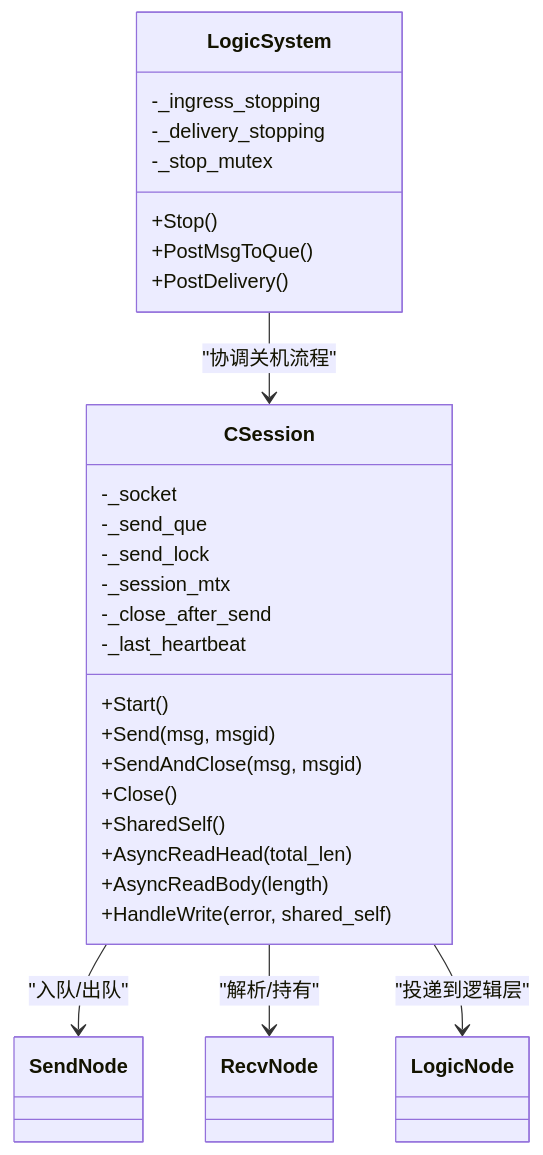
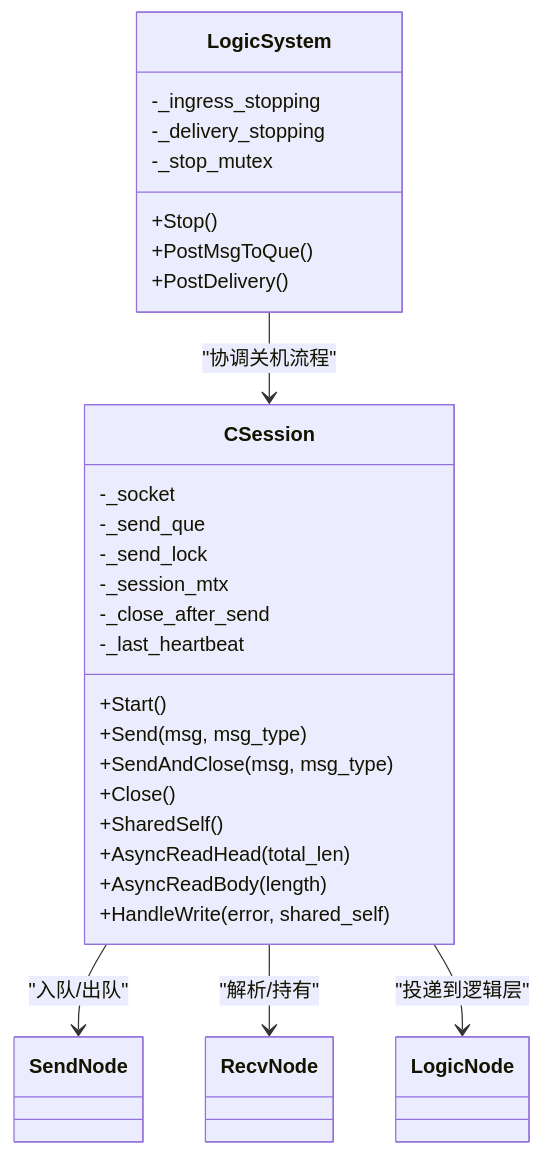
One commit to echo9923/mychatter changed the second of 11 diagrams in .qoder/repowiki/zh/content/服务端开发/ChatServer聊天核心服务/会话管理/并发控制与同步.md. Above: the diagram before and after it, drawn with Mermaid. The commit also changed other lines of this file and 128 other files, not shown here.

First line of the commit message:
refactor(protocol): TCP 帧头消息类型 msg_id 全局改名为 msg_type

````diff
--- a/.qoder/repowiki/zh/content/服务端开发/ChatServer聊天核心服务/会话管理/并发控制与同步.md
+++ b/.qoder/repowiki/zh/content/服务端开发/ChatServer聊天核心服务/会话管理/并发控制与同步.md
@@ -96,34 +96,34 @@
 ```mermaid
 classDiagram
 class CSession {
 +Start()
-+Send(msg, msgid)
-+SendAndClose(msg, msgid)
++Send(msg, msg_type)
++SendAndClose(msg, msg_type)
 +Close()
 +SharedSelf()
 +AsyncReadHead(total_len)
 +AsyncReadBody(length)
 +HandleWrite(error, shared_self)
 -_socket
 -_send_que
 -_send_lock
 -_session_mtx
 -_close_after_send
 -_last_heartbeat
 }
 class LogicSystem {
 +Stop()
 +PostMsgToQue()
 +PostDelivery()
 -_ingress_stopping
 -_delivery_stopping
 -_stop_mutex
 }
 class SendNode
 class RecvNode
 class LogicNode
 CSession --> SendNode : "入队/出队"
 CSession --> RecvNode : "解析/持有"
 CSession --> LogicNode : "投递到逻辑层"
 LogicSystem --> CSession : "协调关机流程"
 ```
````
